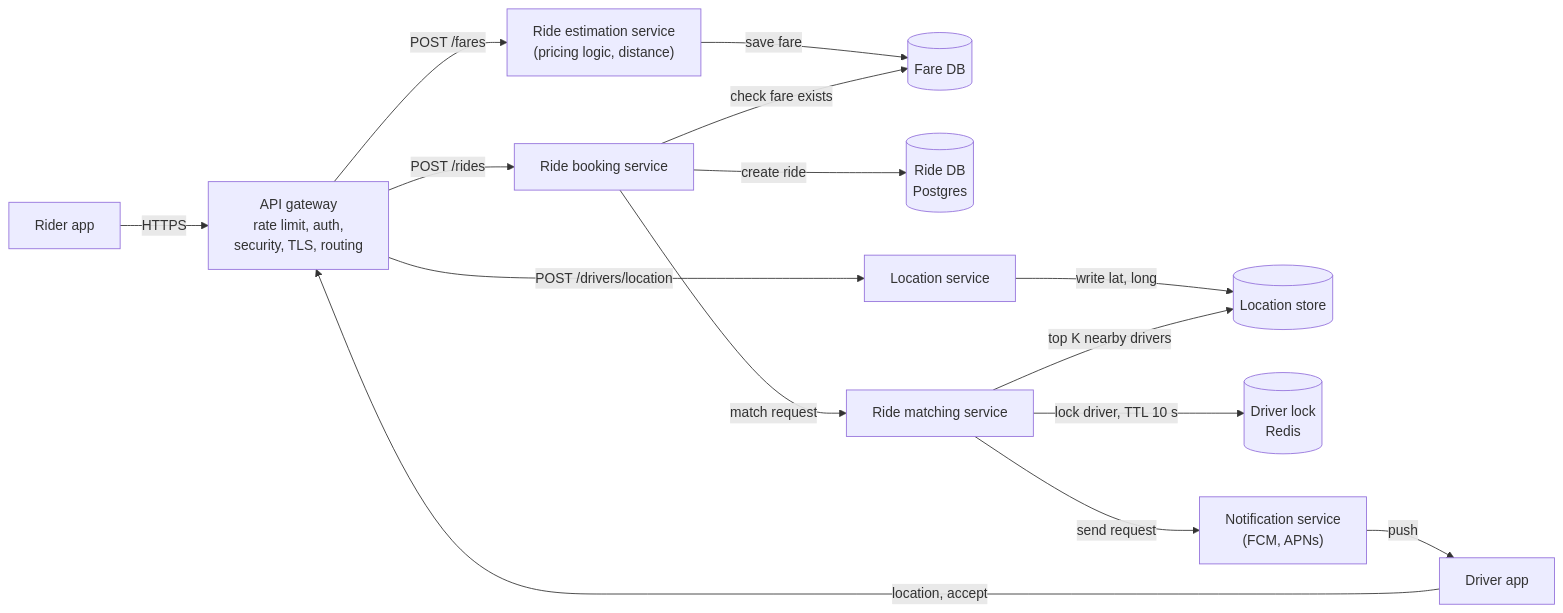
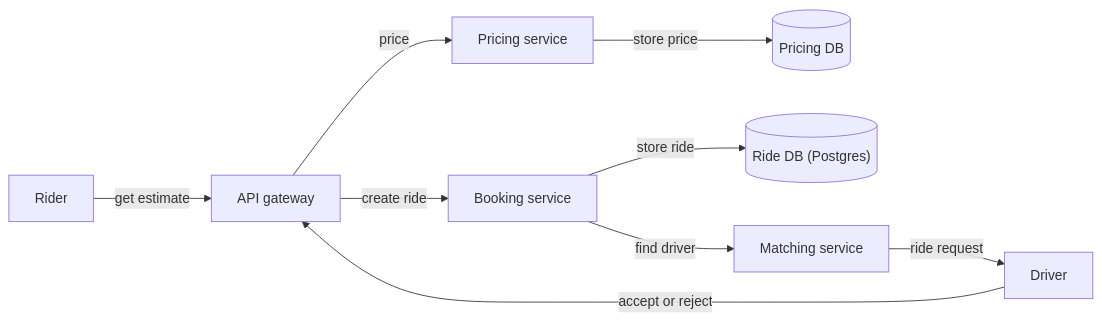
Before and after one commit to aaryan-pradhan/core-cs-fundamentals: the first of 2 diagrams in hld/24-rapido.md, drawn with Mermaid. The commit also changed other lines of this file, not shown here.

````diff
--- a/hld/24-rapido.md
+++ b/hld/24-rapido.md
@@ -72,17 +47,11 @@
 ```mermaid
 flowchart LR
-    R["Rider app"] -->|"HTTPS"| GW["API gateway<br/>rate limit, auth,<br/>security, TLS, routing"]
-    D["Driver app"] -->|"location, accept"| GW
-    GW -->|"POST /fares"| ES["Ride estimation service<br/>(pricing logic, distance)"]
-    ES -->|"save fare"| EDB[("Fare DB")]
-    GW -->|"POST /rides"| RB["Ride booking service"]
-    RB -->|"check fare exists"| EDB
-    RB -->|"create ride"| RDB[("Ride DB<br/>Postgres")]
-    RB -->|"match request"| RM["Ride matching service"]
-    GW -->|"POST /drivers/location"| LS["Location service"]
-    LS -->|"write lat, long"| LDB[("Location store")]
-    RM -->|"top K nearby drivers"| LDB
-    RM -->|"lock driver, TTL 10 s"| LK[("Driver lock<br/>Redis")]
-    RM -->|"send request"| NS["Notification service<br/>(FCM, APNs)"]
-    NS -->|"push"| D
+    R["Rider"] -->|"get estimate"| GW["API gateway"]
+    GW -->|"price"| PS["Pricing service"]
+    PS -->|"store price"| PDB[("Pricing DB")]
+    GW -->|"create ride"| BS["Booking service"]
+    BS -->|"store ride"| RDB[("Ride DB (Postgres)")]
+    BS -->|"find driver"| MS["Matching service"]
+    MS -->|"ride request"| D["Driver"]
+    D -->|"accept or reject"| GW
 ```
````
